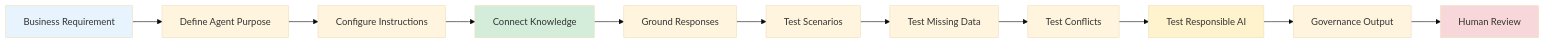
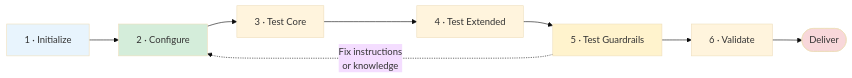
One commit to UID-Technologies/webinar-m365-copilot changed the third of 3 diagrams in lab02-program-portfolio-intelligence-agent.md. Above: the diagram before and after it, drawn with Mermaid (base theme). The commit also changed other lines of this file and 2 other files, not shown here.

````diff
--- a/lab02-program-portfolio-intelligence-agent.md
+++ b/lab02-program-portfolio-intelligence-agent.md
@@ -222,18 +814,16 @@
 ```mermaid
 flowchart LR
-    A[Business Requirement] --> B[Define Agent Purpose]
-    B --> C[Configure Instructions]
-    C --> D[Connect Knowledge]
-    D --> E[Ground Responses]
-    E --> F[Test Scenarios]
-    F --> G[Test Missing Data]
-    G --> H[Test Conflicts]
-    H --> I[Test Responsible AI]
-    I --> J[Governance Output]
-    J --> K[Human Review]
+    P1["1 · Initialize"] --> P2["2 · Configure"]
+    P2 --> P3["3 · Test Core"]
+    P3 --> P4["4 · Test Extended"]
+    P4 --> P5["5 · Test Guardrails"]
+    P5 --> P6["6 · Validate"]
+    P6 --> END(["Deliver"])
 
-    style A fill:#e8f4fd
-    style D fill:#d4edda
-    style I fill:#fff3cd
-    style K fill:#f8d7da
+    P5 -.->|"Fix instructions<br/>or knowledge"| P2
+
+    style P1 fill:#e8f4fd
+    style P2 fill:#d4edda
+    style P5 fill:#fff3cd
+    style END fill:#f8d7da
 ```
````
